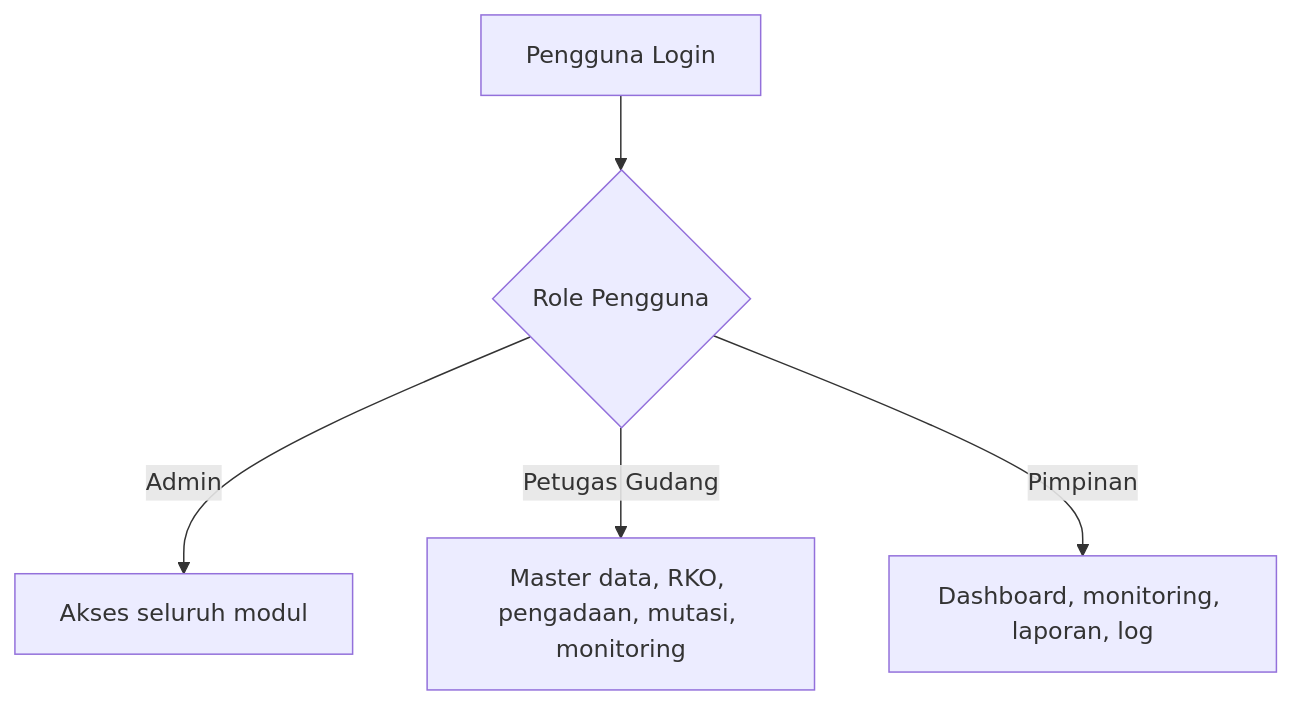
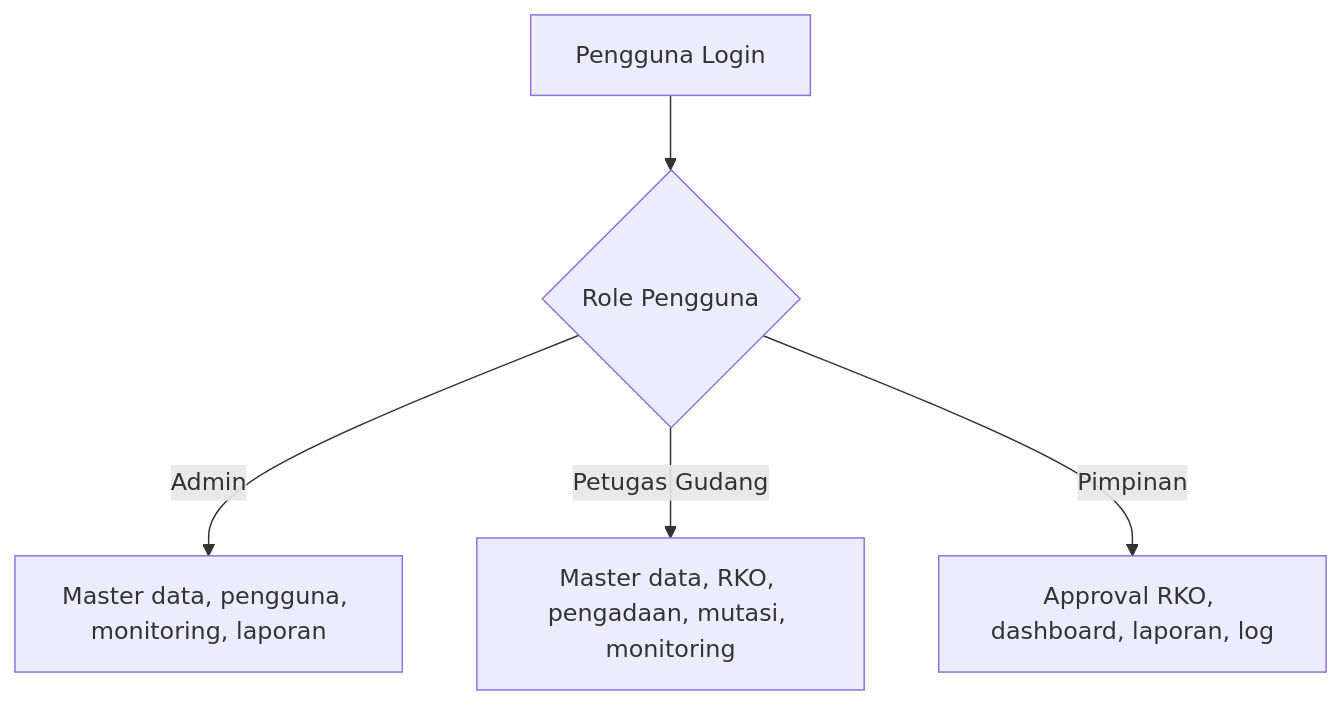
Before and after one commit to MochJuang/aliftha-monitroing-obat: the third of 5 diagrams in docs/bab-4-hasil-dan-pembahasan.md, drawn with Mermaid. The commit also changed other lines of this file and 21 other files, not shown here.

````diff
--- a/docs/bab-4-hasil-dan-pembahasan.md
+++ b/docs/bab-4-hasil-dan-pembahasan.md
@@ -357,7 +395,7 @@
 ```mermaid
 flowchart TD
     A["Pengguna Login"] --> B{"Role Pengguna"}
-    B -->|Admin| C["Akses seluruh modul"]
+    B -->|Admin| C["Master data, pengguna, monitoring, laporan"]
     B -->|Petugas Gudang| D["Master data, RKO, pengadaan, mutasi, monitoring"]
-    B -->|Pimpinan| E["Dashboard, monitoring, laporan, log"]
+    B -->|Pimpinan| E["Approval RKO, dashboard, laporan, log"]
 ```
````
